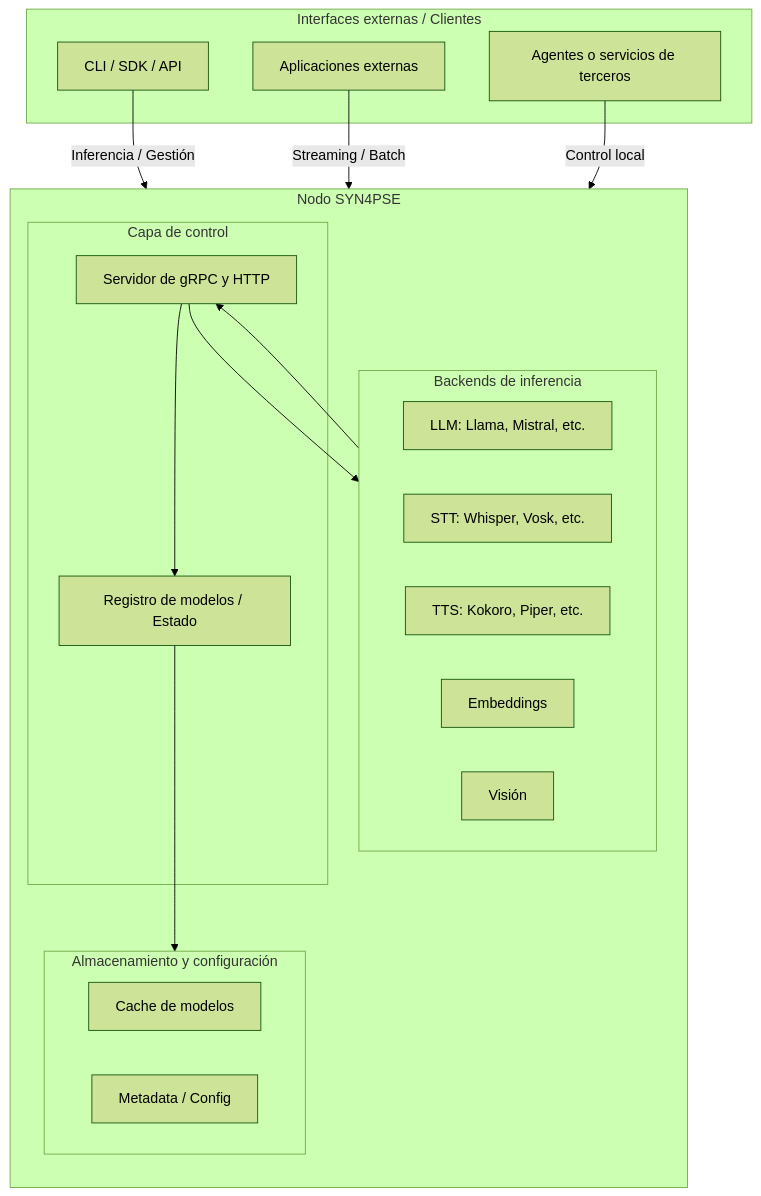
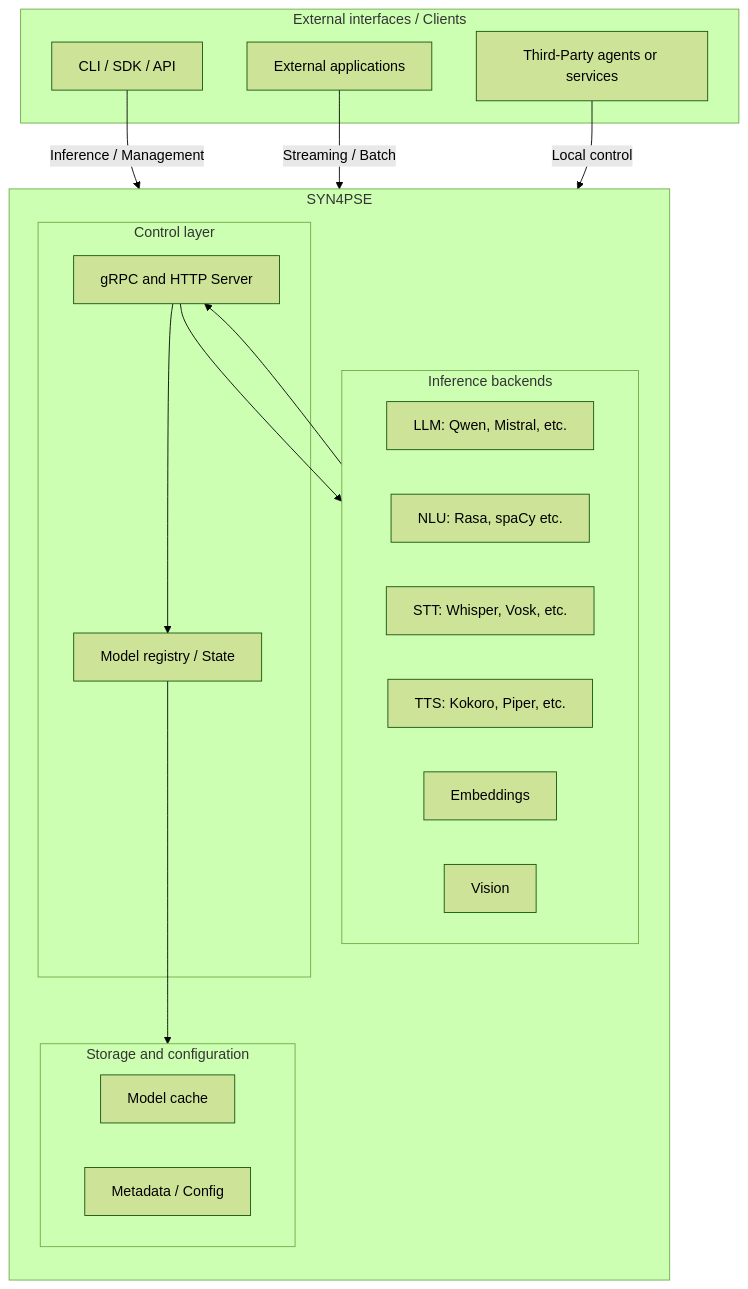
The diagram in README.md (ju4n97/samples), drawn with Mermaid (forest theme) before and after one commit. The commit also changed other lines of this file and 68 other files, not shown here.

````diff
--- a/README.md
+++ b/README.md
@@ -65,38 +21,39 @@
 ```mermaid
 flowchart TD
-    subgraph CLIENTS[Interfaces externas / Clientes]
+    subgraph CLIENTS[External interfaces / Clients]
         A1[CLI / SDK / API]
-        A2[Aplicaciones externas]
-        A3[Agentes o servicios de terceros]
+        A2[External applications]
+        A3[Third-Party agents or services]
     end
 
-    subgraph NODE[Nodo SYN4PSE]
+    subgraph SYN4PSE[SYN4PSE]
         direction TB
 
-        subgraph CONTROL[Capa de control]
-            B1[Registro de modelos / Estado]
-            B2[Servidor de gRPC y HTTP]
+        subgraph CONTROL[Control layer]
+            B1[Model registry / State]
+            B2[gRPC and HTTP Server]
         end
 
-        subgraph BACKENDS[Backends de inferencia]
-            C1[LLM: Llama, Mistral, etc.]
-            C2[STT: Whisper, Vosk, etc.]
-            C3[TTS: Kokoro, Piper, etc.]
-            C4[Embeddings]
-            C5[Visión]
+        subgraph BACKENDS[Inference backends]
+            C1[LLM: Qwen, Mistral, etc.]
+            C2[NLU: Rasa, spaCy etc.]
+            C3[STT: Whisper, Vosk, etc.]
+            C4[TTS: Kokoro, Piper, etc.]
+            C5[Embeddings]
+            C6[Vision]
         end
 
-        subgraph STORAGE[Almacenamiento y configuración]
-            E1[Cache de modelos]
+        subgraph STORAGE[Storage and configuration]
+            E1[Model cache]
             E2[Metadata / Config]
         end
     end
 
-    A1 -->|Inferencia / Gestión| B2
+    A1 -->|Inference / Management| B2
     A2 -->|Streaming / Batch| B2
-    A3 -->|Control local| B2
+    A3 -->|Local control| B2
     B2 --> B1
     B2 --> BACKENDS
     BACKENDS --> B2
     B1 --> STORAGE
 ```
````
